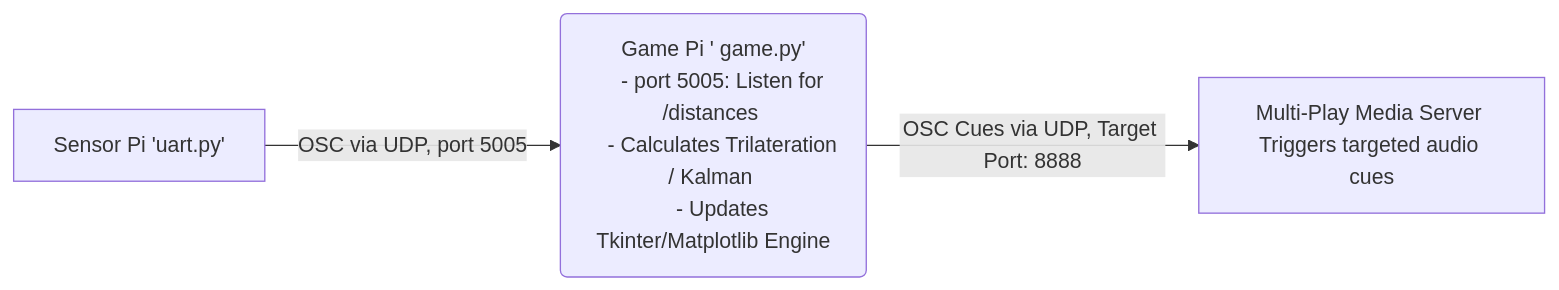
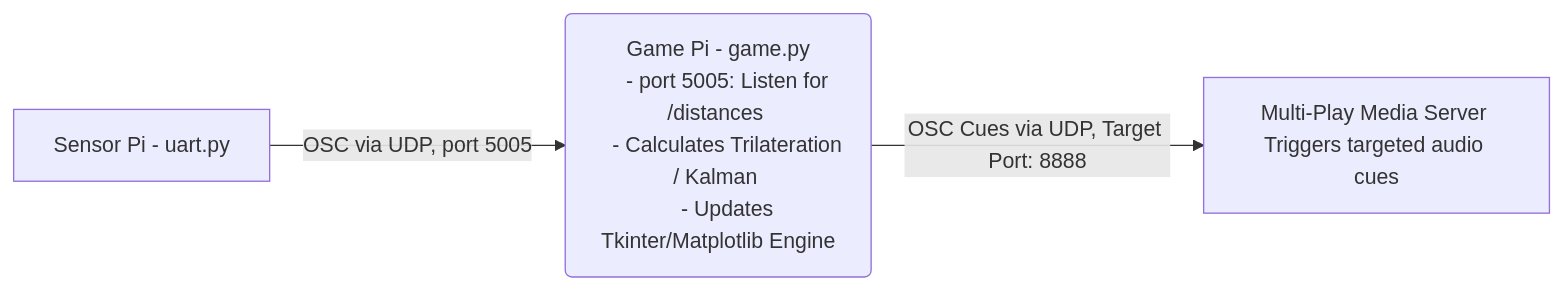
One commit to JoashYeoh/EGL314_Team-A changed the diagram in POC/docs/osc_reference.md. Above: the diagram before and after it, drawn with Mermaid.

````diff
--- a/POC/docs/osc_reference.md
+++ b/POC/docs/osc_reference.md
@@ -6,8 +6,8 @@
 ```mermaid
 flowchart LR
-    A[Sensor Pi 'uart.py'] -->|OSC via UDP, port 5005|B(Game Pi ' game.py'
+    A[Sensor Pi - uart.py] -->|OSC via UDP, port 5005|B(Game Pi - game.py
     - port 5005: Listen for /distances 
     - Calculates Trilateration / Kalman 
     - Updates Tkinter/Matplotlib Engine)
     B-->|OSC Cues via UDP, Target Port: 8888| C[Multi-Play Media Server Triggers targeted audio cues]
 ```
````
